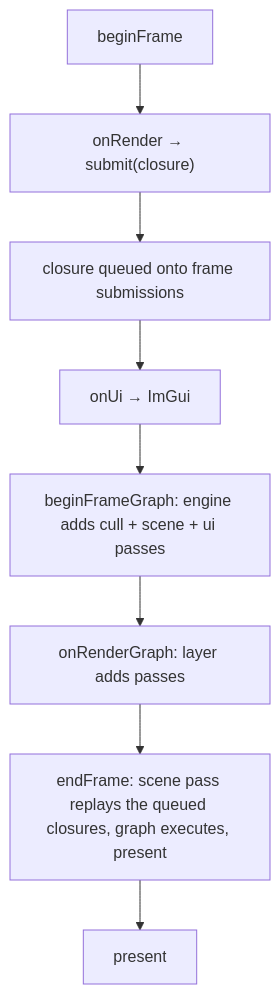
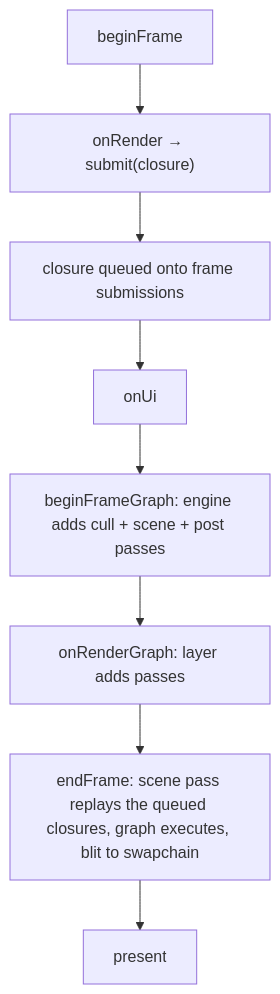
The diagram in docs/content/explanations/app-lifecycle-and-window/the-submit-and-rendergraph-seams.md (saffronjam/saffron-engine), drawn with Mermaid before and after one commit. The commit also changed other lines of this file and 13 other files, not shown here.

First line of the commit message:
docs: replace ImGui with the present-blit path in the loop and graph

````diff
--- a/docs/content/explanations/app-lifecycle-and-window/the-submit-and-rendergraph-seams.md
+++ b/docs/content/explanations/app-lifecycle-and-window/the-submit-and-rendergraph-seams.md
@@ -60,10 +60,10 @@
 ```mermaid
 flowchart TD
     BF[beginFrame] --> OR["onRender → submit(closure)"]
     OR --> Q[closure queued onto frame submissions]
-    Q --> UI[onUi → ImGui]
-    UI --> BG[beginFrameGraph: engine adds cull + scene + ui passes]
+    Q --> UI[onUi]
+    UI --> BG[beginFrameGraph: engine adds cull + scene + post passes]
     BG --> ORG[onRenderGraph: layer adds passes]
-    ORG --> EF[endFrame: scene pass replays the queued closures, graph executes, present]
+    ORG --> EF[endFrame: scene pass replays the queued closures, graph executes, blit to swapchain]
     EF --> P[present]
 ```
````
